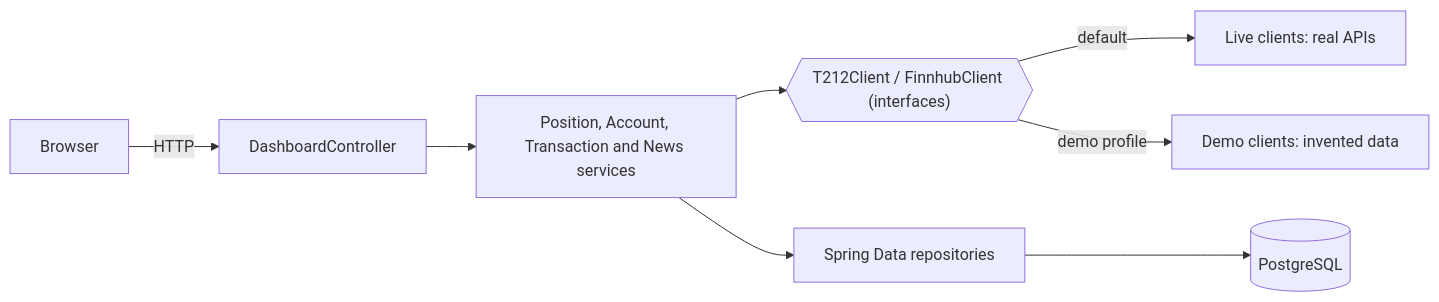
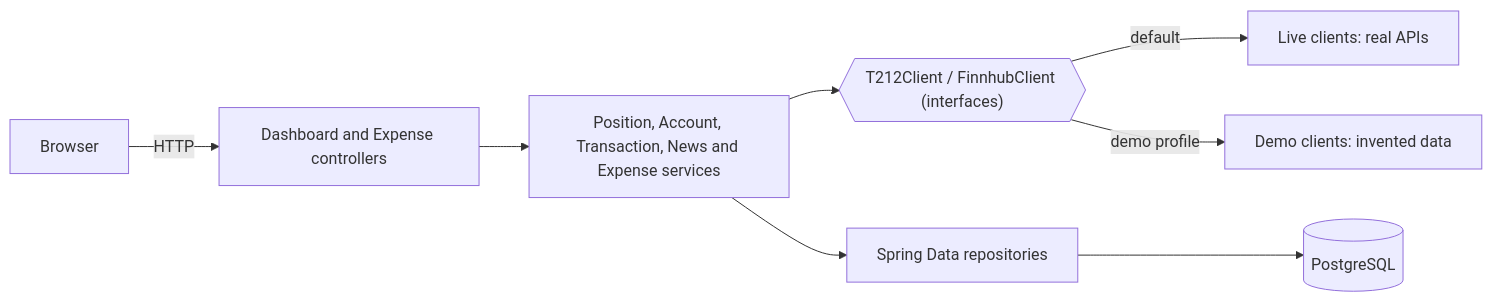
Before and after one commit to llijat/t212-visualizer: the diagram in README.md, drawn with Mermaid. The commit also changed other lines of this file and 29 other files, not shown here.

````diff
--- a/README.md
+++ b/README.md
@@ -40,10 +43,10 @@
 ```mermaid
 flowchart LR
-    Browser -->|HTTP| Controller[DashboardController]
-    Controller --> Services[Position, Account, Transaction and News services]
+    Browser -->|HTTP| Controller[Dashboard and Expense controllers]
+    Controller --> Services[Position, Account, Transaction, News and Expense services]
     Services --> Clients{{"T212Client / FinnhubClient (interfaces)"}}
     Clients -->|default| Live[Live clients: real APIs]
     Clients -->|demo profile| Demo[Demo clients: invented data]
     Services --> Repos[Spring Data repositories]
     Repos --> DB[(PostgreSQL)]
 ```
````
